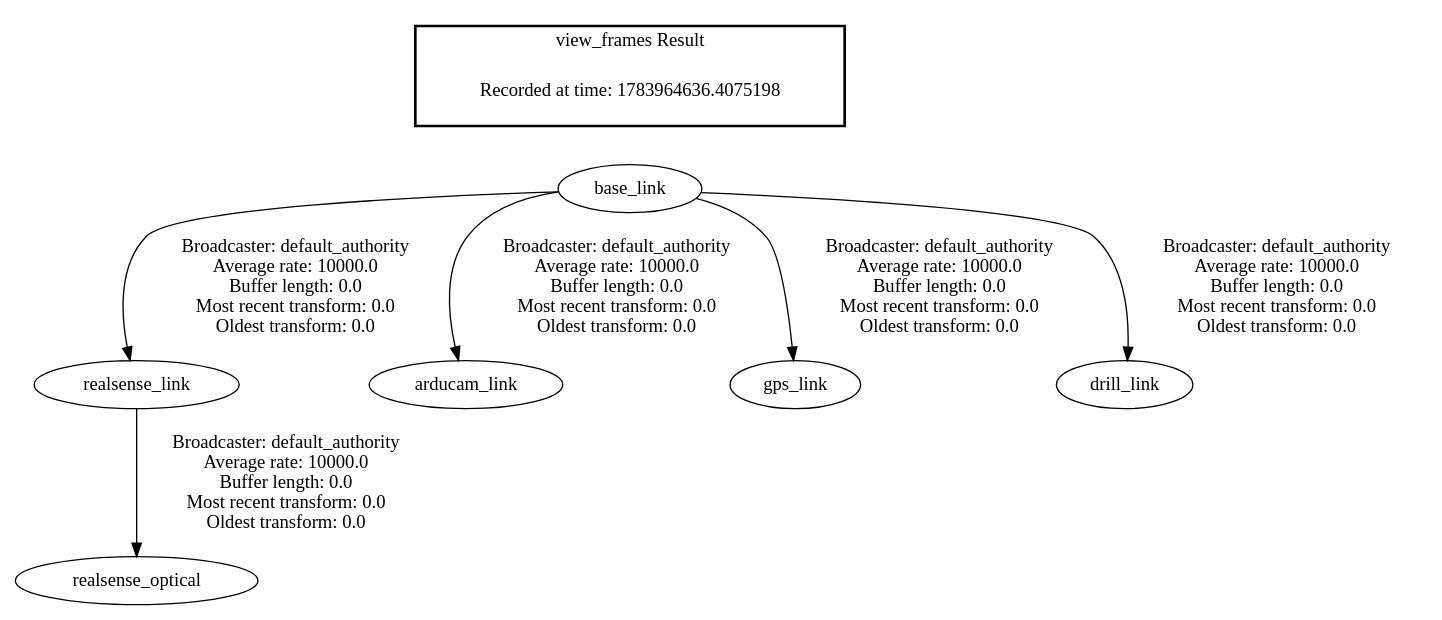
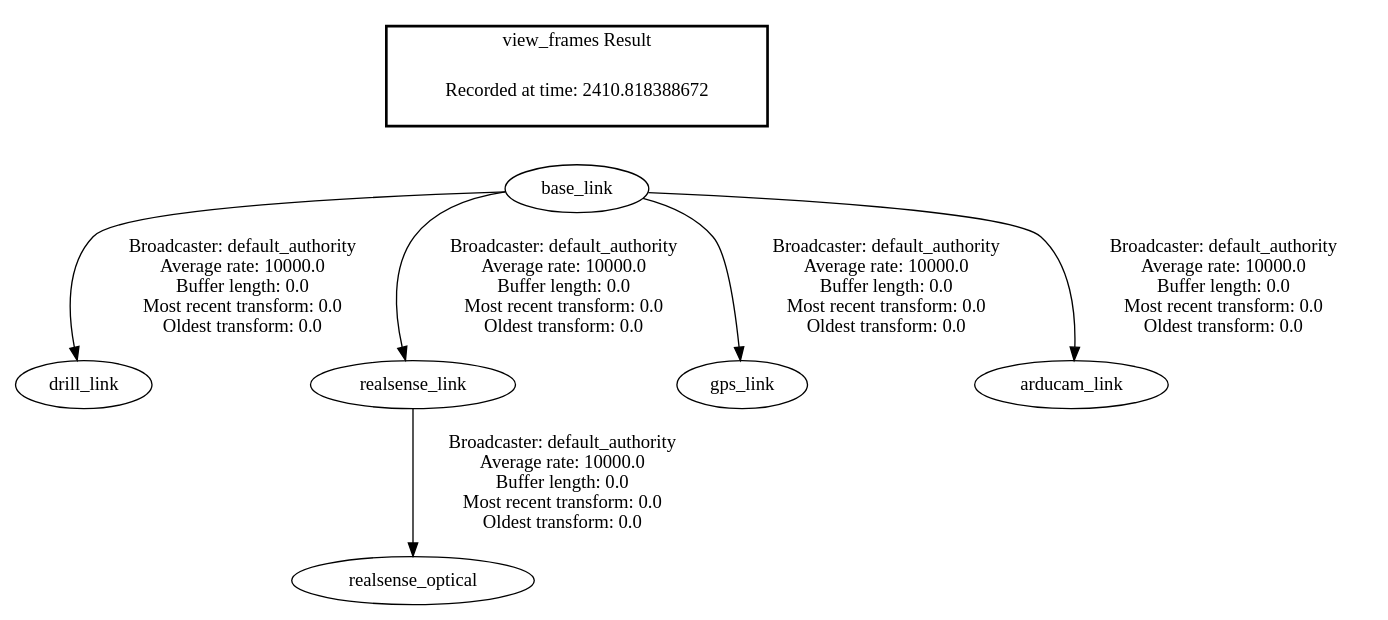
Before and after one commit to jonf422/JIFREED_REU: the diagram in REU_ws/frames.gv, drawn with Graphviz. The commit also changed 3 other files, not shown here.

```diff
--- a/REU_ws/frames.gv
+++ b/REU_ws/frames.gv
@@ -1,11 +1,11 @@
 digraph G {
+"base_link" -> "drill_link"[label=" Broadcaster: default_authority\nAverage rate: 10000.0\nBuffer length: 0.0\nMost recent transform: 0.0\nOldest transform: 0.0\n"];
 "realsense_link" -> "realsense_optical"[label=" Broadcaster: default_authority\nAverage rate: 10000.0\nBuffer length: 0.0\nMost recent transform: 0.0\nOldest transform: 0.0\n"];
 "base_link" -> "realsense_link"[label=" Broadcaster: default_authority\nAverage rate: 10000.0\nBuffer length: 0.0\nMost recent transform: 0.0\nOldest transform: 0.0\n"];
+"base_link" -> "gps_link"[label=" Broadcaster: default_authority\nAverage rate: 10000.0\nBuffer length: 0.0\nMost recent transform: 0.0\nOldest transform: 0.0\n"];
 "base_link" -> "arducam_link"[label=" Broadcaster: default_authority\nAverage rate: 10000.0\nBuffer length: 0.0\nMost recent transform: 0.0\nOldest transform: 0.0\n"];
-"base_link" -> "gps_link"[label=" Broadcaster: default_authority\nAverage rate: 10000.0\nBuffer length: 0.0\nMost recent transform: 0.0\nOldest transform: 0.0\n"];
-"base_link" -> "drill_link"[label=" Broadcaster: default_authority\nAverage rate: 10000.0\nBuffer length: 0.0\nMost recent transform: 0.0\nOldest transform: 0.0\n"];
 edge [style=invis];
  subgraph cluster_legend { style=bold; color=black; label ="view_frames Result";
-"Recorded at time: 1783964636.4075198"[ shape=plaintext ] ;
+"Recorded at time: 2410.818388672"[ shape=plaintext ] ;
 }->"base_link";
 }
```
